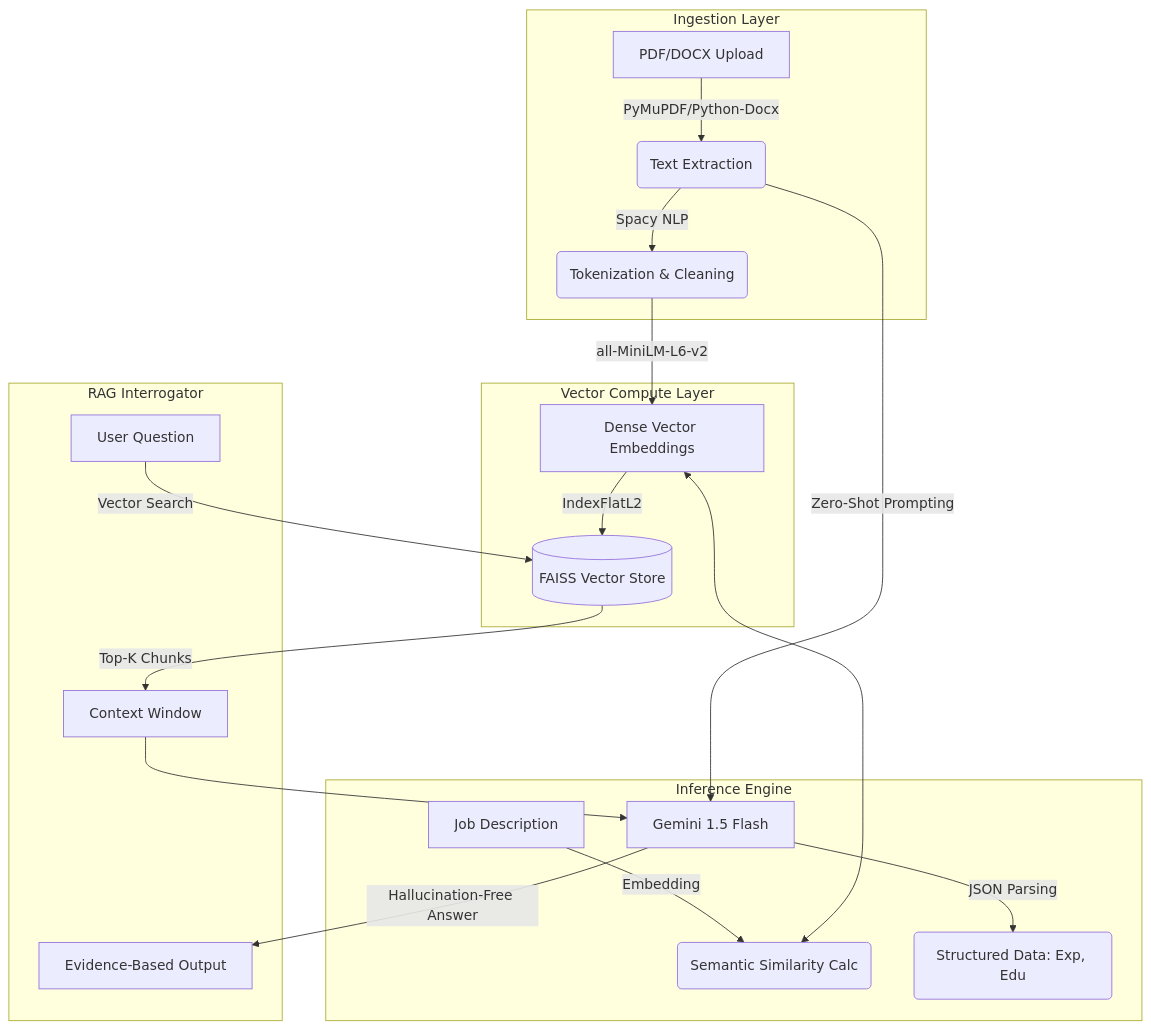
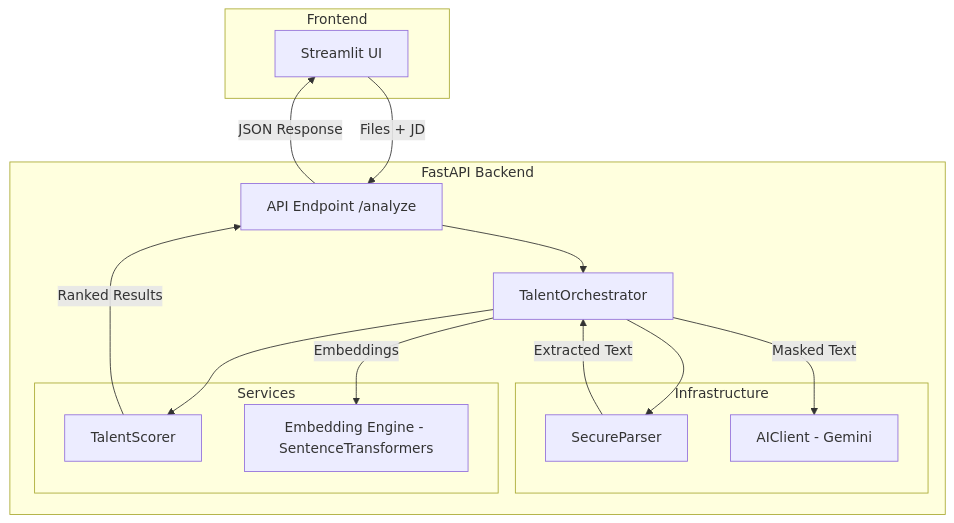
The diagram in README.md (SalmaTech-03/ai-semantic-candidate-matcher), drawn with Mermaid before and after one commit. The commit also changed other lines of this file, not shown here.

````diff
--- a/README.md
+++ b/README.md
@@ -19,26 +15,31 @@
 ```mermaid
 graph TD
-    subgraph "Ingestion Layer"
-    A[PDF/DOCX Upload] -->|PyMuPDF/Python-Docx| B(Text Extraction)
-    B -->|Spacy NLP| C(Tokenization & Cleaning)
+    subgraph Frontend
+        A[Streamlit UI]
     end
 
-    subgraph "Vector Compute Layer"
-    C -->|all-MiniLM-L6-v2| D[Dense Vector Embeddings]
-    D -->|IndexFlatL2| E[(FAISS Vector Store)]
+    subgraph Backend [FastAPI Backend]
+        B[API Endpoint /analyze]
+        C[TalentOrchestrator]
+        
+        subgraph Infrastructure
+            D[SecureParser]
+            E[AIClient - Gemini]
+        end
+        
+        subgraph Services
+            F[TalentScorer]
+            G[Embedding Engine - SentenceTransformers]
+        end
     end
 
-    subgraph "Inference Engine"
-    F[Job Description] -->|Embedding| G(Semantic Similarity Calc)
-    D <--> G
-    B -->|Zero-Shot Prompting| H[Gemini 1.5 Flash]
-    H -->|JSON Parsing| I(Structured Data: Exp, Edu)
-    end
-
-    subgraph "RAG Interrogator"
-    J[User Question] -->|Vector Search| E
-    E -->|Top-K Chunks| K[Context Window]
-    K --> H
-    H -->|Hallucination-Free Answer| L[Evidence-Based Output]
-    end
+    A -->|Files + JD| B
+    B --> C
+    C --> D
+    D -->|Extracted Text| C
+    C -->|Masked Text| E
+    C -->|Embeddings| G
+    C --> F
+    F -->|Ranked Results| B
+    B -->|JSON Response| A
 ```
````
